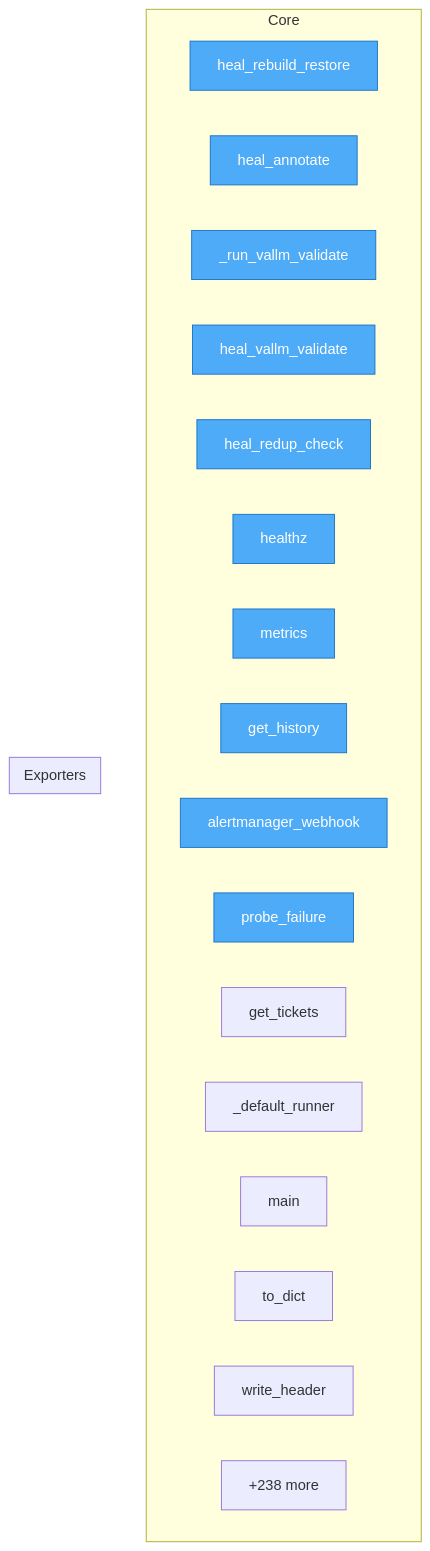
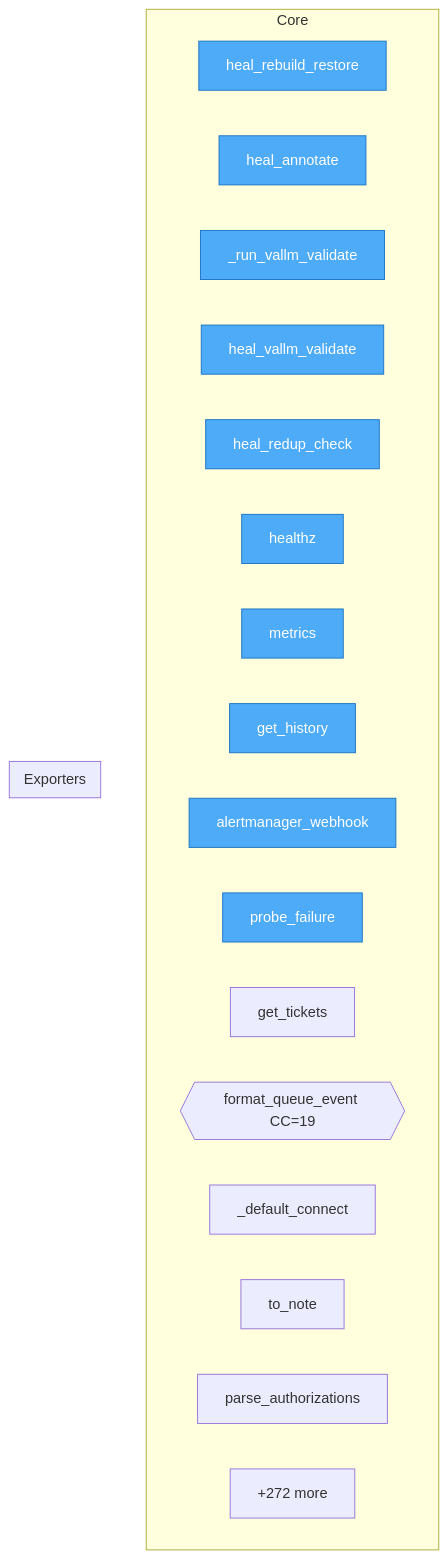
The diagram in project/flow.mmd (semcod/koru), drawn with Mermaid before and after one commit. The commit also changed 25 other files, not shown here.

```diff
--- a/project/flow.mmd
+++ b/project/flow.mmd
@@ -1,29 +1,29 @@
 flowchart TD
 %% generated in 0.02s
 
     %% Entry points (blue)
     classDef entry fill:#4dabf7,stroke:#1971c2,color:#fff
 
     subgraph Core
         services__healing_webhook__app__heal_rebuild_restore["heal_rebuild_restore"]
         services__healing_webhook__app__heal_annotate["heal_annotate"]
         services__healing_webhook__app___run_vallm_validate["_run_vallm_validate"]
         services__healing_webhook__app__heal_vallm_validate["heal_vallm_validate"]
         services__healing_webhook__app__heal_redup_check["heal_redup_check"]
         services__healing_webhook__app__healthz["healthz"]
         services__healing_webhook__app__metrics["metrics"]
         services__healing_webhook__app__get_history["get_history"]
         services__healing_webhook__app__alertmanager_webhook["alertmanager_webhook"]
         services__healing_webhook__app__probe_failure["probe_failure"]
         services__healing_webhook__app__get_tickets["get_tickets"]
-        src__koru__loop___default_runner["_default_runner"]
-        src__koru__events__main["main"]
-        src__koru__semcod_tools__SemcodTool__to_dict["to_dict"]
-        src__koru__run_log__RunLogWriter__write_header["write_header"]
-        ...["+238 more"]
+        src__koru__watch__format_queue_event{{format_queue_event CC=19}}
+        src__koru__watch___default_connect["_default_connect"]
+        src__koru__gate__GateAuthorization__to_note["to_note"]
+        src__koru__gate__parse_authorizations["parse_authorizations"]
+        ...["+272 more"]
     end
 
     subgraph Exporters
     end
 
     class services__healing_webhook__app__heal_rebuild_restore,services__healing_webhook__app__heal_annotate,services__healing_webhook__app___run_vallm_validate,services__healing_webhook__app__heal_vallm_validate,services__healing_webhook__app__heal_redup_check,services__healing_webhook__app__healthz,services__healing_webhook__app__metrics,services__healing_webhook__app__get_history,services__healing_webhook__app__alertmanager_webhook,services__healing_webhook__app__probe_failure entry
```
